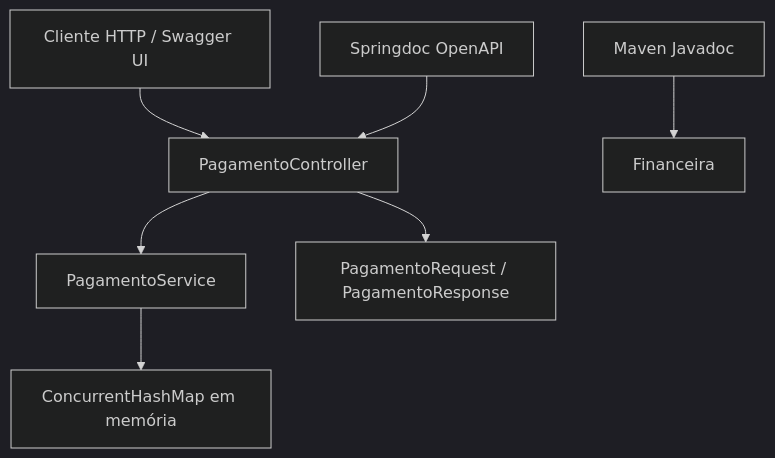
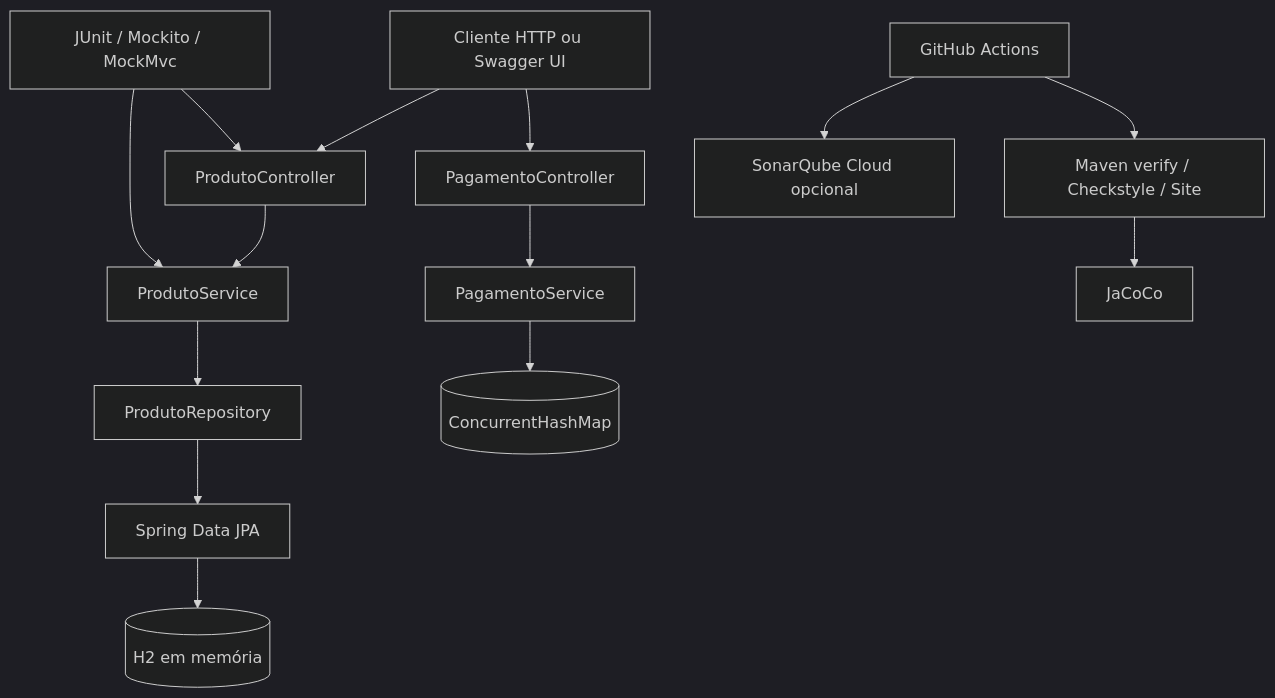
One commit to luanwnove/Projeto_IQS changed the diagram in ARCHITECTURE.md. Above: the diagram before and after it, drawn with Mermaid (dark theme). The commit also changed other lines of this file and 26 other files, not shown here.

````diff
--- a/ARCHITECTURE.md
+++ b/ARCHITECTURE.md
@@ -9,9 +7,16 @@
 ```mermaid
 flowchart TD
-    U[Cliente HTTP / Swagger UI] --> C[PagamentoController]
-    C --> S[PagamentoService]
-    S --> M[ConcurrentHashMap em memória]
-    C --> D[PagamentoRequest / PagamentoResponse]
-    O[Springdoc OpenAPI] --> C
-    J[Maven Javadoc] --> F[Financeira]
+    Cliente[Cliente HTTP ou Swagger UI] --> ProdutoController
+    Cliente --> PagamentoController
+    ProdutoController --> ProdutoService
+    ProdutoService --> ProdutoRepository
+    ProdutoRepository --> JPA[Spring Data JPA]
+    JPA --> H2[(H2 em memória)]
+    PagamentoController --> PagamentoService
+    PagamentoService --> Memoria[(ConcurrentHashMap)]
+    Testes[JUnit / Mockito / MockMvc] --> ProdutoController
+    Testes --> ProdutoService
+    CI[GitHub Actions] --> Maven[Maven verify / Checkstyle / Site]
+    Maven --> Jacoco[JaCoCo]
+    CI --> Sonar[SonarQube Cloud opcional]
 ```
````
